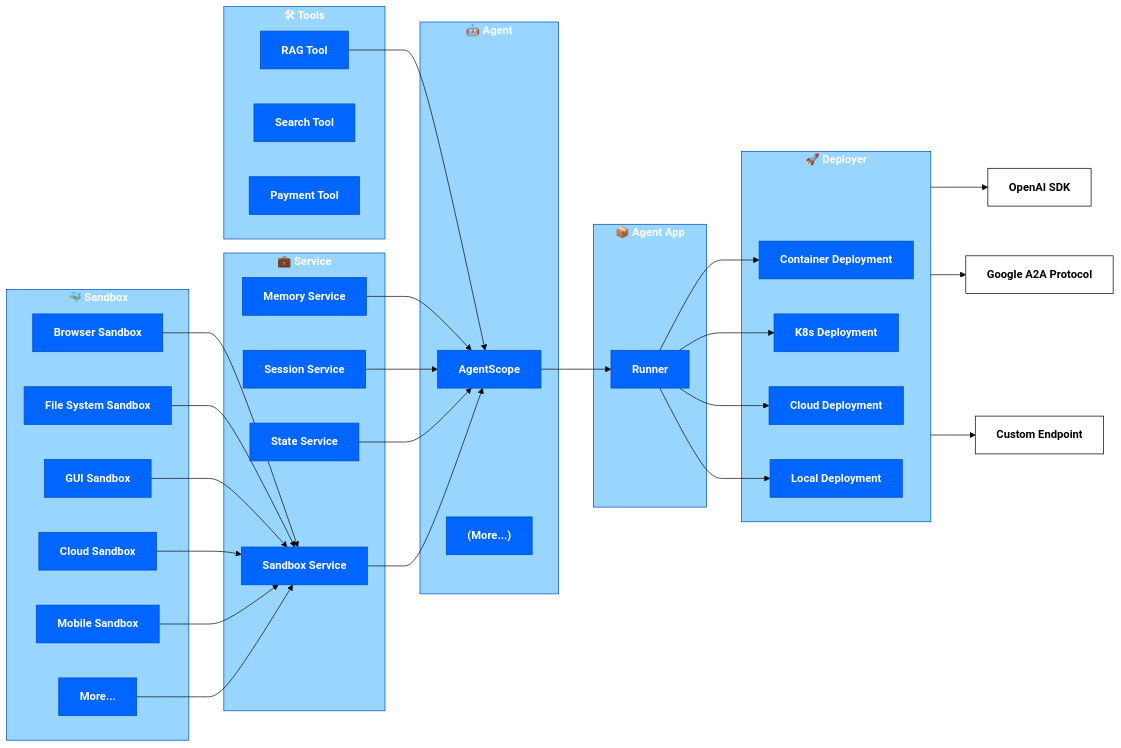
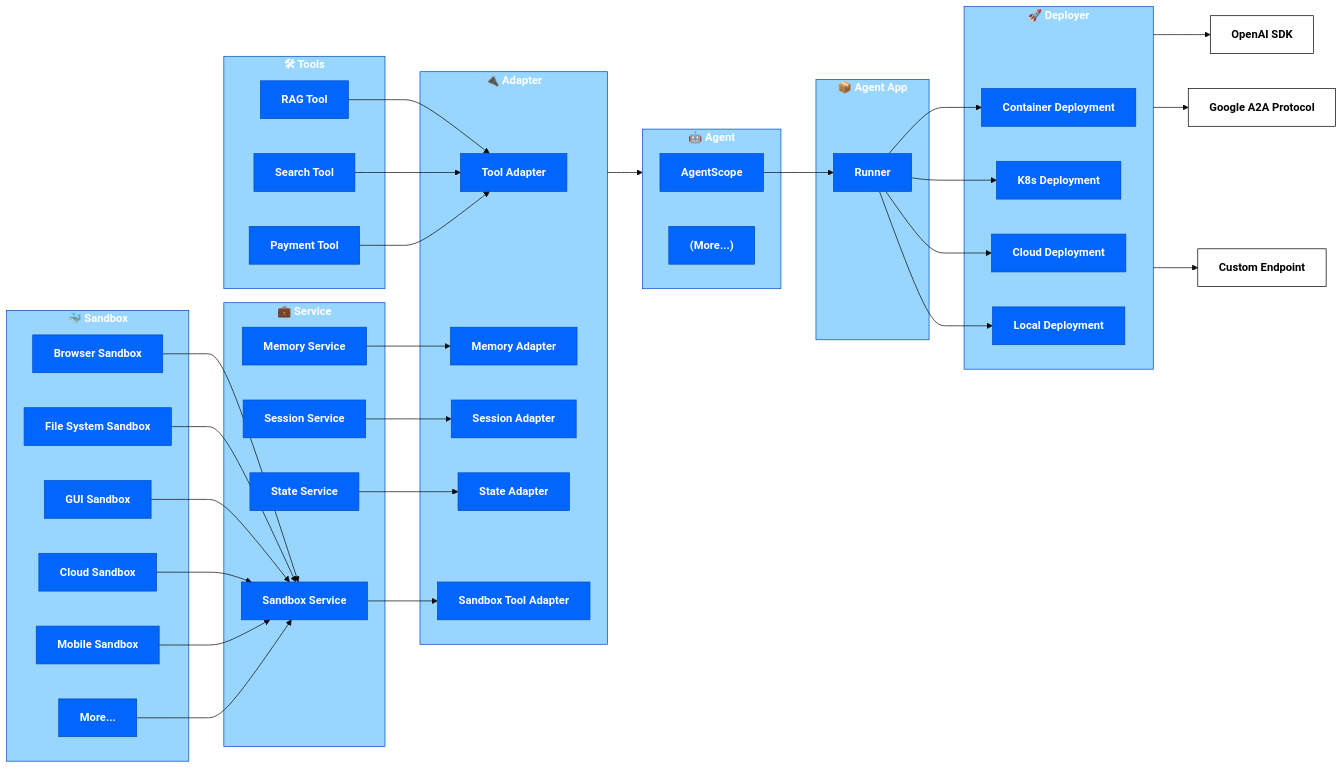
Before and after one commit to rayrayraykk/agentscope-runtime: the diagram in cookbook/en/concept.md, drawn with Mermaid (base theme). The commit also changed other lines of this file and 21 other files, not shown here.

````diff
--- a/cookbook/en/concept.md
+++ b/cookbook/en/concept.md
@@ -47,6 +47,15 @@
         ETC["More..."]
     end
 
+    %% Adapter Module
+    subgraph Adapter["🔌 Adapter"]
+        TAD["Tool Adapter"]
+        MAD["Memory Adapter"]
+        SAD["Session Adapter"]
+        STAD["State Adapter"]
+        SBAD["Sandbox Tool Adapter"]
+    end
+
     %% Agent Module
     subgraph Agent["🤖 Agent"]
         AG["AgentScope"]
@@ -72,17 +81,24 @@
     CUS["Custom Endpoint"]:::ext
 
     %% Internal connections
-    RT --> AG
-    MS --> AG
-    SS --> AG
-    STS --> AG
-    SBS --> AG
+    RT --> TAD
+    ST --> TAD
+    PT --> TAD
+
+    MS --> MAD
+    SS --> SAD
+    STS --> STAD
+    SBS --> SBAD
+
     BS --> SBS
     FS --> SBS
     GS --> SBS
     CSB --> SBS
     MSB --> SBS
     ETC --> SBS
+
+    %% Big block to big block connection
+    Adapter --> Agent
 
     AG --> RA
     RA --> CT
@@ -100,7 +116,6 @@
     classDef big fill:#99D6FF,stroke:#004CBE,color:#FFFFFF,font-weight:bold
     classDef ext fill:#FFFFFF,stroke:#000000,color:#000000,font-weight:bold
 
-    class Tools,Service,Sandbox,Agent,AgentAPP,Deployer big
-    class RT,ST,PT,MS,SS,STS,SBS,BS,FS,GS,CSB,MSB,ETC,AG,AG_NOTE,RA,CT,KD,DP,LD small
-
+    class Tools,Service,Sandbox,Adapter,Agent,AgentAPP,Deployer big
+    class RT,ST,PT,MS,SS,STS,SBS,BS,FS,GS,CSB,MSB,ETC,TAD,MAD,SAD,STAD,SBAD,AG,AG_NOTE,RA,CT,KD,DP,LD small
 ```
````
